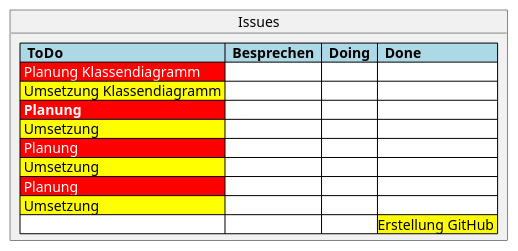
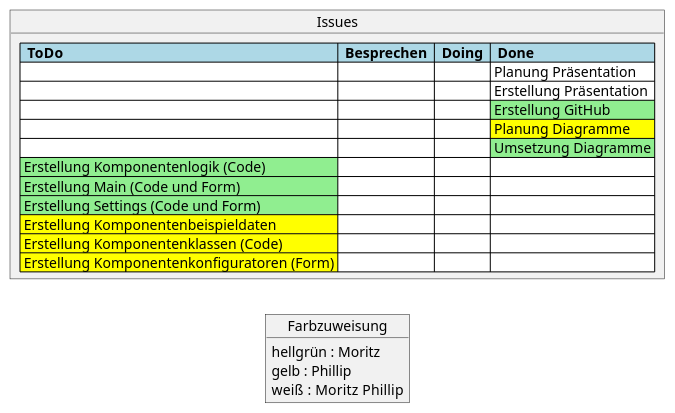
One commit to Helmoralh/PC_Konfigurierer changed the diagram in docs/Issuetabelle.wsd. Above: the diagram before and after it, drawn with PlantUML.

Commit message:
Progress Issuetable

```diff
--- a/docs/Issuetabelle.wsd
+++ b/docs/Issuetabelle.wsd
@@ -1,17 +1,25 @@
 @startuml Issuetabelle
 left to right direction
 skinparam packagestyle table
 
+object Farbzuweisung {
+    hellgrün : Moritz
+    gelb : Phillip
+    weiß : Moritz  Phillip
+}
+
 object Issues {
     <#lightblue,#black>|=  ToDo  |=  Besprechen  |=  Doing  |=  Done  |
-    <#white>| <#red><color:White> Planung Klassendiagramm |  |  |  |
-    <#white>| <#yellow> Umsetzung Klassendiagramm |  |  |  |
-    <#white>| <#red><color:White><b> Planung |  |  |  |
-    <#white>| <#yellow> Umsetzung |  |  |  
-    <#white>| <#red><color:White> Planung |  |  |  
-    <#white>| <#yellow> Umsetzung |  |  |  
-    <#white>| <#red><color:White> Planung |  |  |  
-    <#white>| <#yellow> Umsetzung |  |  | 
-    <#white>|  |  |  | <#yellow>Erstellung GitHub |
+    <#white>|  |  |  | <#white> Planung Präsentation |  
+    <#white>|  |  |  | <#white> Erstellung Präsentation |  
+    <#white>|  |  |  | <#lightgreen> Erstellung GitHub |
+    <#white>|  |  |  | <#yellow> Planung Diagramme |
+    <#white>|  |  |  | <#lightgreen> Umsetzung Diagramme |
+    <#white>| <#lightgreen> Erstellung Komponentenlogik (Code) |  |  |  |
+    <#white>| <#lightgreen> Erstellung Main (Code und Form) |  |  |  
+    <#white>| <#lightgreen> Erstellung Settings (Code und Form) |  |  | 
+    <#white>| <#yellow> Erstellung Komponentenbeispieldaten |  |  |  
+    <#white>| <#yellow> Erstellung Komponentenklassen (Code) | | | |
+    <#white>| <#yellow> Erstellung Komponentenkonfiguratoren (Form) |  |  |  |
 }
 @enduml
```
